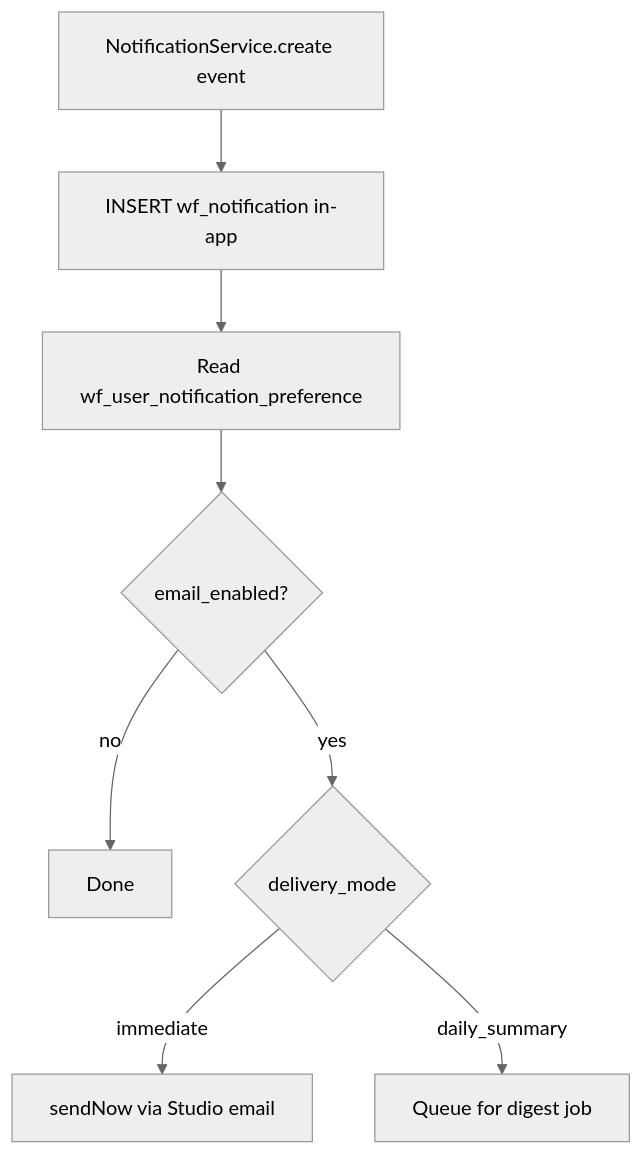
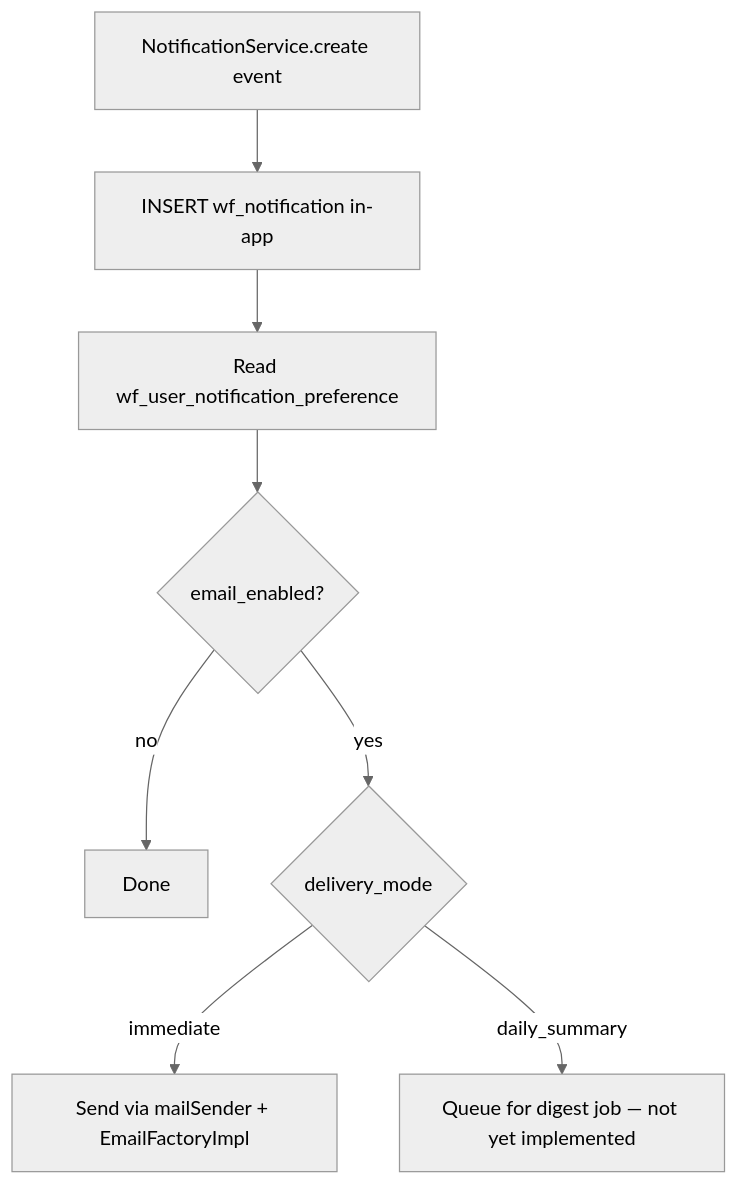
One commit to russdanner/plugin-studio-workflow changed the diagram in docs/NOTIFICATIONS.md. Above: the diagram before and after it, drawn with Mermaid (neutral theme). The commit also changed other lines of this file and 27 other files, not shown here.

Commit message:
send notificaitons as email as well

````diff
--- a/docs/NOTIFICATIONS.md
+++ b/docs/NOTIFICATIONS.md
@@ -74,10 +89,10 @@
 ```mermaid
 flowchart TD
     A[NotificationService.create event] --> B[INSERT wf_notification in-app]
     B --> C[Read wf_user_notification_preference]
     C --> D{email_enabled?}
     D -->|no| E[Done]
     D -->|yes| F{delivery_mode}
-    F -->|immediate| G[sendNow via Studio email]
-    F -->|daily_summary| H[Queue for digest job]
+    F -->|immediate| G[Send via mailSender + EmailFactoryImpl]
+    F -->|daily_summary| H[Queue for digest job — not yet implemented]
 ```
````
